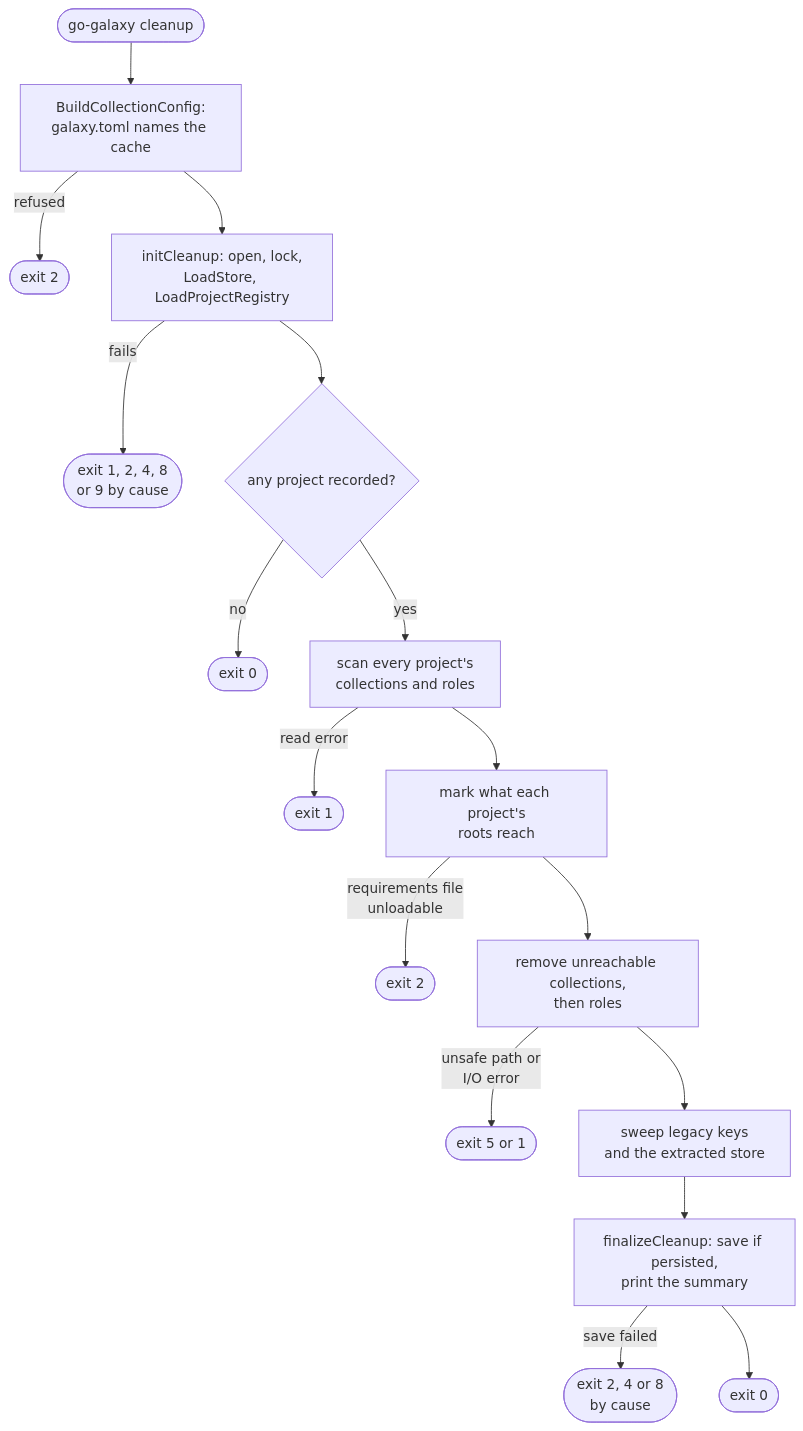
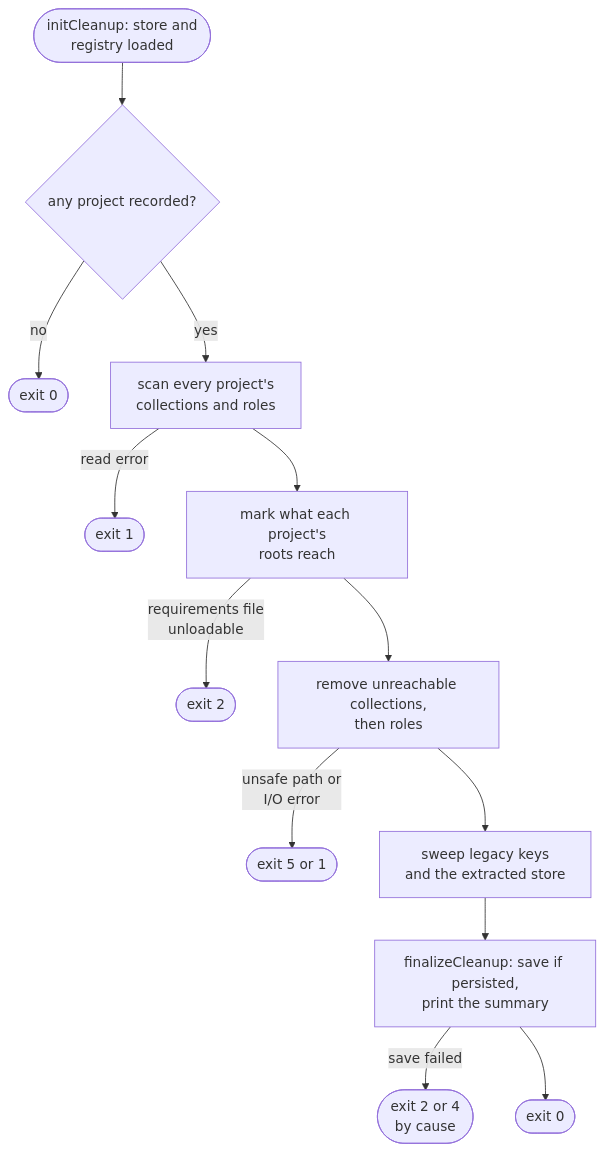
One commit to greeddj/go-galaxy changed the first of 3 diagrams in docs/internals/flow-cleanup.md. Above: the diagram before and after it, drawn with Mermaid. The commit also changed other lines of this file and 36 other files, not shown here.

````diff
--- a/docs/internals/flow-cleanup.md
+++ b/docs/internals/flow-cleanup.md
@@ -10,19 +10,15 @@
 ```mermaid
 flowchart TD
-    S(["go-galaxy cleanup"]) --> CF["BuildCollectionConfig:<br/>galaxy.toml names the cache"]
-    CF -->|"refused"| X2(["exit 2"])
-    CF --> IN["initCleanup: open, lock,<br/>LoadStore, LoadProjectRegistry"]
-    IN -->|"fails"| XI(["exit 1, 2, 4, 8<br/>or 9 by cause"])
-    IN --> P{"any project recorded?"}
+    IN(["initCleanup: store and<br/>registry loaded"]) --> P{"any project recorded?"}
     P -->|"no"| X0(["exit 0"])
     P -->|"yes"| SC["scan every project's<br/>collections and roles"]
     SC -->|"read error"| X1(["exit 1"])
     SC --> RE["mark what each project's<br/>roots reach"]
     RE -->|"requirements file<br/>unloadable"| X2R(["exit 2"])
     RE --> RM["remove unreachable collections,<br/>then roles"]
     RM -->|"unsafe path or<br/>I/O error"| XR(["exit 5 or 1"])
     RM --> SW["sweep legacy keys<br/>and the extracted store"]
     SW --> FN["finalizeCleanup: save if persisted,<br/>print the summary"]
-    FN -->|"save failed"| XS(["exit 2, 4 or 8<br/>by cause"])
+    FN -->|"save failed"| XS(["exit 2 or 4<br/>by cause"])
     FN --> X0F(["exit 0"])
 ```
````
